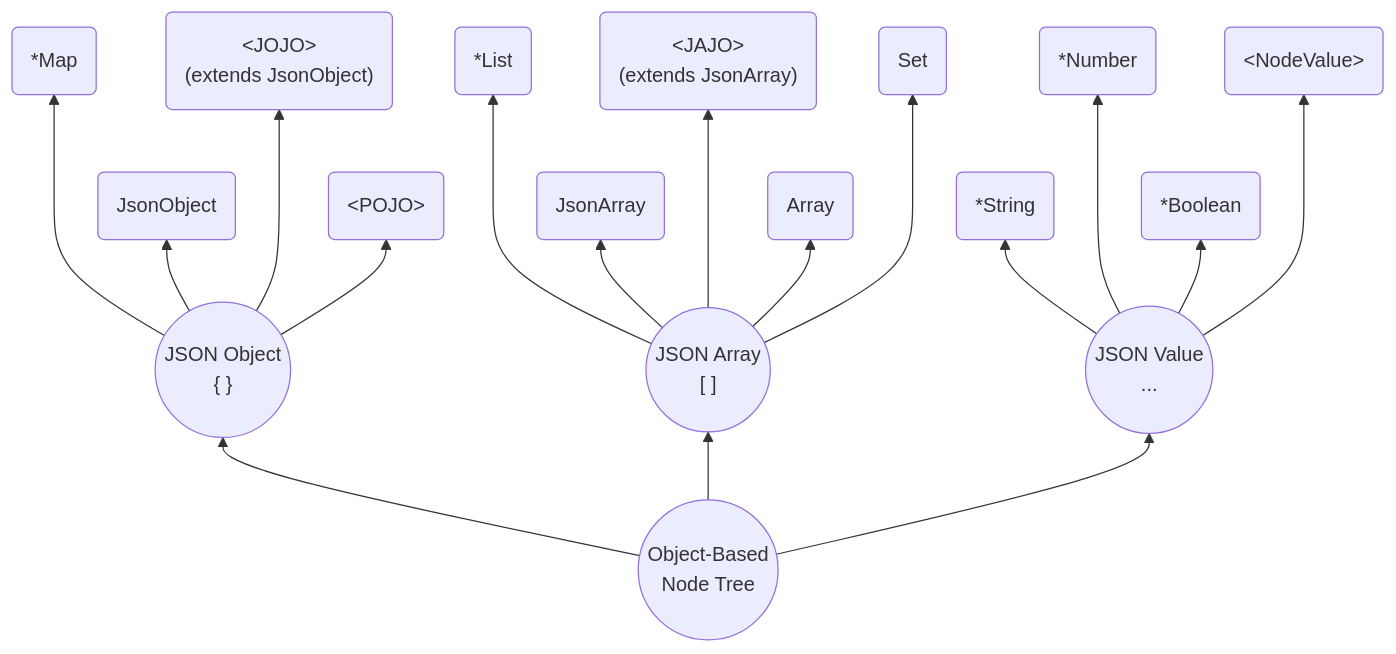
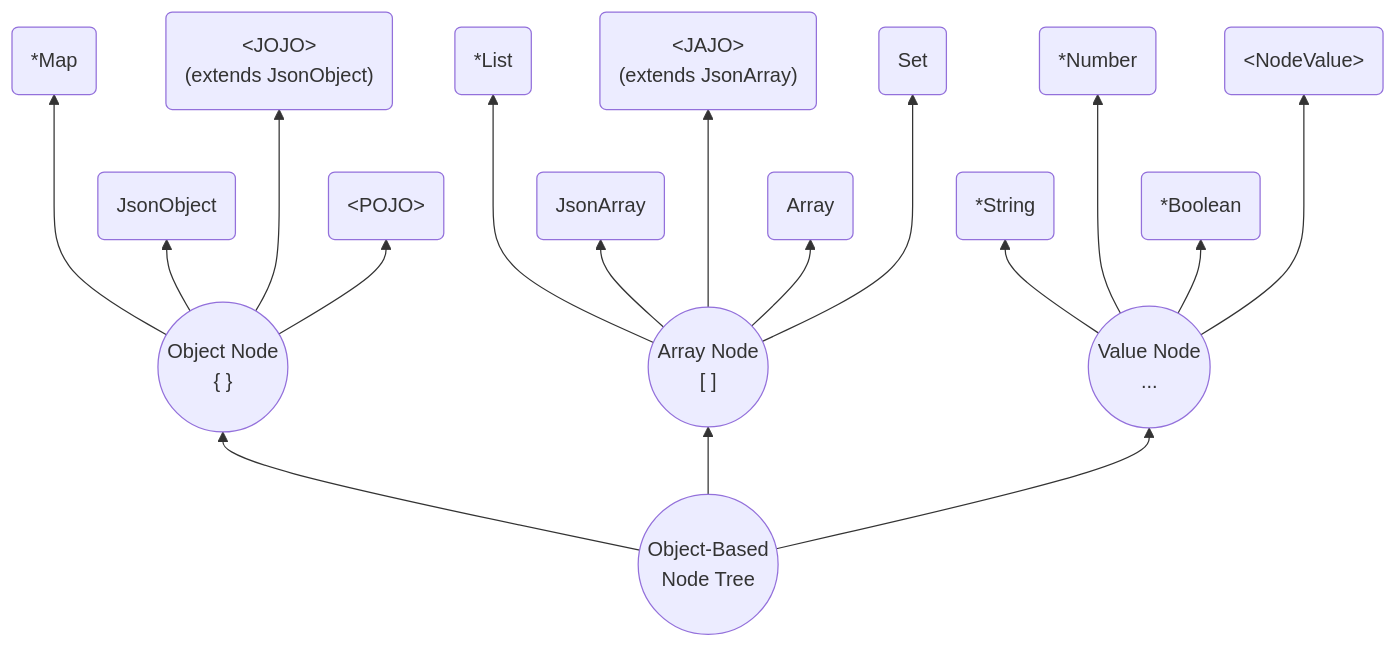
Before and after one commit to sjf4j-projects/sjf4j-website: the diagram in docs/modeling.md, drawn with Mermaid. The commit also changed other lines of this file, not shown here.

Commit message:
refine docs

````diff
--- a/docs/modeling.md
+++ b/docs/modeling.md
@@ -14,20 +14,20 @@
 ```mermaid
 graph BT
   node(("Object-Based <br/> Node Tree"))
-  node --> object(("JSON Object <br/> { }"))
+  node --> object(("Object Node<br/> { }"))
     object ---> map("*Map")
     object --> jo("JsonObject")
     object ---> jojo(" &lt;JOJO&gt; <br/> (extends JsonObject)")
     object --> pojo(" &lt;POJO&gt; ")
-  node --> array(("JSON Array <br/> [ ]"))
+  node --> array(("Array Node<br/> [ ]"))
     array ---> list("*List")
     array --> ja("JsonArray")
     array ---> jajo(" &lt;JAJO&gt; <br/> (extends JsonArray)")
     array --> arr("Array")
     array ---> set("Set")
-  node --> value(("JSON Value <br/> ..."))
+  node --> value(("Value Node <br/> ..."))
     value --> string("*String")
     value ---> number("*Number")
     value --> boolean("*Boolean")
     value ---> nodeValue("&lt;NodeValue&gt;")
 ```
````
